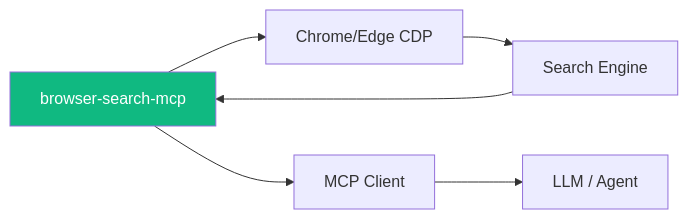
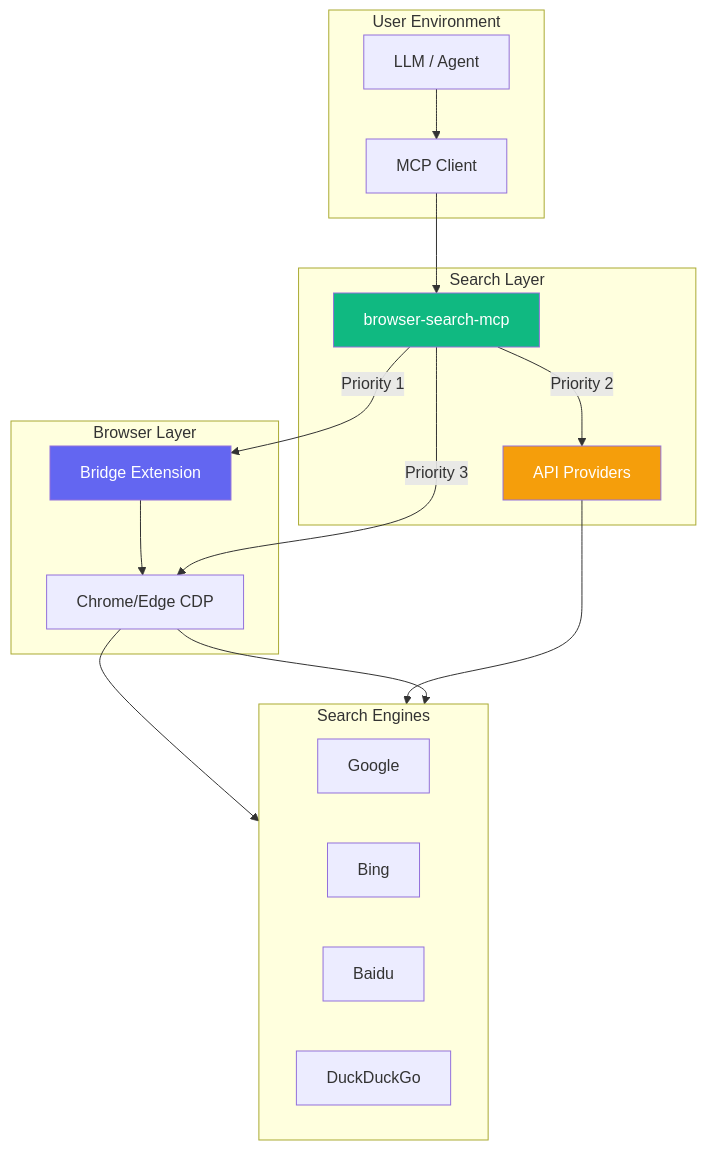
Before and after one commit to fangsylar-pixel/browser-search: the diagram in README.md, drawn with Mermaid. The commit also changed other lines of this file, not shown here.

Commit message:
README: add badges, quick demo, improved architecture diagram

````diff
--- a/README.md
+++ b/README.md
@@ -187,11 +226,30 @@
 ```mermaid
-flowchart LR
-    LLM[LLM / Agent]
-    MCP[MCP Client]
-    BSM[browser-search-mcp]
-    CDP[Chrome/Edge CDP]
-    SE[Search Engine]
-    BSM --> CDP --> SE
-    SE --> BSM --> MCP --> LLM
+flowchart TB
+    subgraph User[User Environment]
+        LLM[LLM / Agent]
+        MCP[MCP Client]
+    end
+    subgraph Browser[Browser Layer]
+        BRIDGE[Bridge Extension]
+        CDP[Chrome/Edge CDP]
+    end
+    subgraph Search[Search Layer]
+        BSM[browser-search-mcp]
+        API_PROV[API Providers]
+    end
+    subgraph Engines[Search Engines]
+        G[Google]
+        B[Bing]
+        BA[Baidu]
+        D[DuckDuckGo]
+    end
+
+    LLM --> MCP --> BSM
+    BSM -->|Priority 1| BRIDGE --> CDP --> Engines
+    BSM -->|Priority 2| API_PROV --> Engines
+    BSM -->|Priority 3| CDP --> Engines
+
     style BSM fill:#10b981,color:#fff
+    style BRIDGE fill:#6366f1,color:#fff
+    style API_PROV fill:#f59e0b,color:#fff
 ```
````
